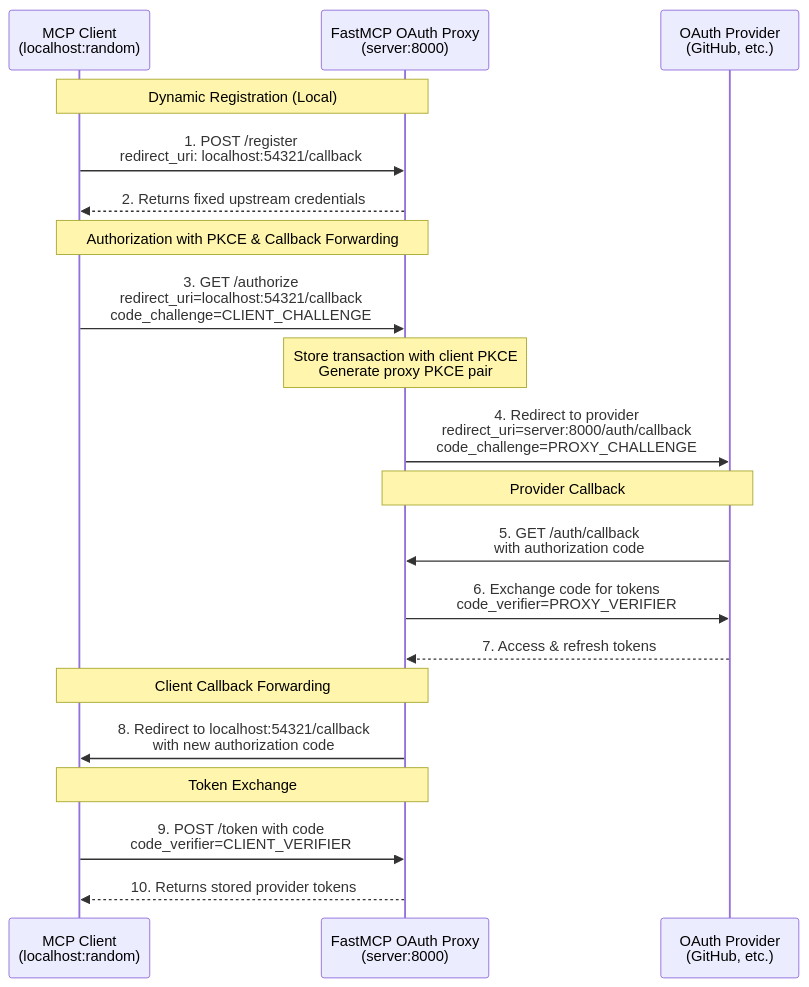
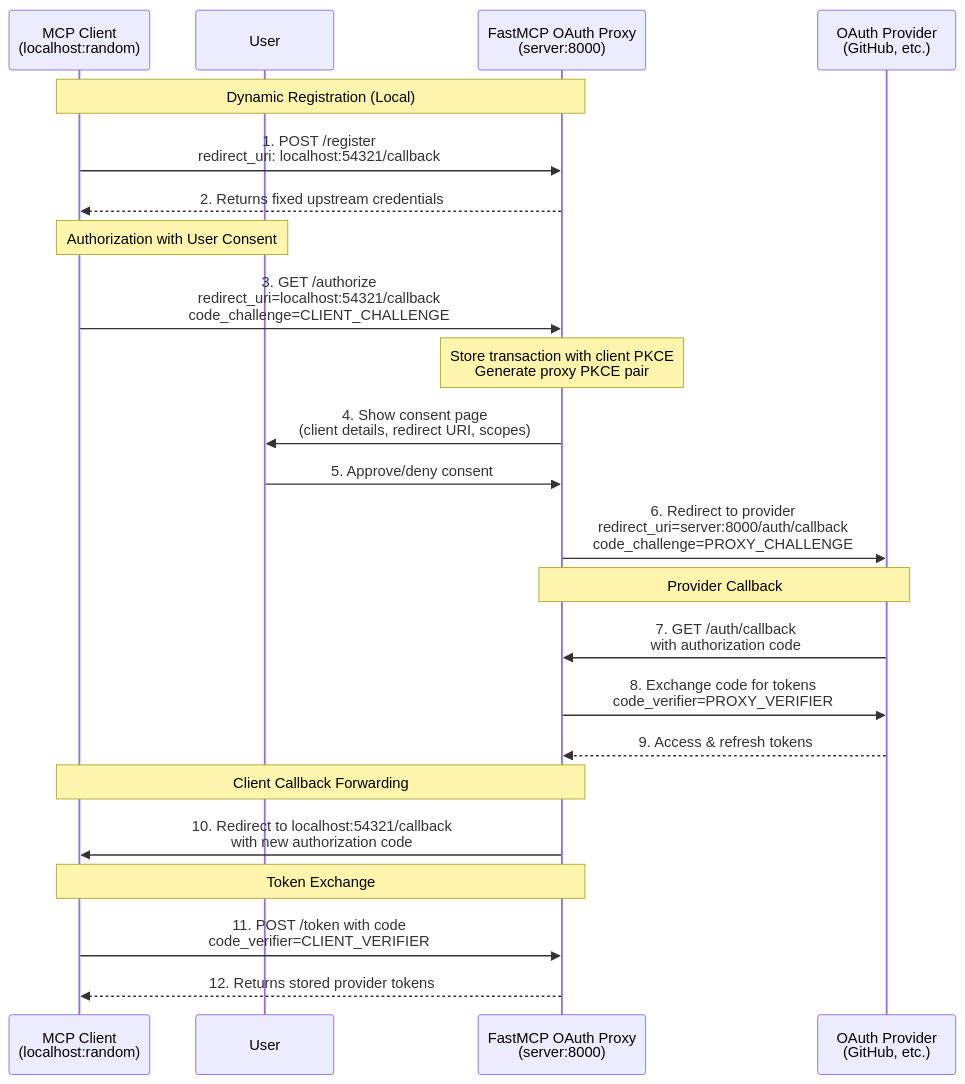
One commit to PrefectHQ/fastmcp changed the diagram in docs/servers/auth/oauth-proxy.mdx. Above: the diagram before and after it, drawn with Mermaid. The commit also changed other lines of this file and 8 other files, not shown here.

````diff
--- a/docs/servers/auth/oauth-proxy.mdx
+++ b/docs/servers/auth/oauth-proxy.mdx
@@ -278,27 +271,30 @@
 ```mermaid
 sequenceDiagram
     participant Client as MCP Client<br/>(localhost:random)
+    participant User as User
     participant Proxy as FastMCP OAuth Proxy<br/>(server:8000)
     participant Provider as OAuth Provider<br/>(GitHub, etc.)
 
     Note over Client, Proxy: Dynamic Registration (Local)
     Client->>Proxy: 1. POST /register<br/>redirect_uri: localhost:54321/callback
     Proxy-->>Client: 2. Returns fixed upstream credentials
 
-    Note over Client, Proxy: Authorization with PKCE & Callback Forwarding
+    Note over Client, User: Authorization with User Consent
     Client->>Proxy: 3. GET /authorize<br/>redirect_uri=localhost:54321/callback<br/>code_challenge=CLIENT_CHALLENGE
     Note over Proxy: Store transaction with client PKCE<br/>Generate proxy PKCE pair
-    Proxy->>Provider: 4. Redirect to provider<br/>redirect_uri=server:8000/auth/callback<br/>code_challenge=PROXY_CHALLENGE
+    Proxy->>User: 4. Show consent page<br/>(client details, redirect URI, scopes)
+    User->>Proxy: 5. Approve/deny consent
+    Proxy->>Provider: 6. Redirect to provider<br/>redirect_uri=server:8000/auth/callback<br/>code_challenge=PROXY_CHALLENGE
 
     Note over Provider, Proxy: Provider Callback
-    Provider->>Proxy: 5. GET /auth/callback<br/>with authorization code
-    Proxy->>Provider: 6. Exchange code for tokens<br/>code_verifier=PROXY_VERIFIER
-    Provider-->>Proxy: 7. Access & refresh tokens
+    Provider->>Proxy: 7. GET /auth/callback<br/>with authorization code
+    Proxy->>Provider: 8. Exchange code for tokens<br/>code_verifier=PROXY_VERIFIER
+    Provider-->>Proxy: 9. Access & refresh tokens
 
     Note over Proxy, Client: Client Callback Forwarding
-    Proxy->>Client: 8. Redirect to localhost:54321/callback<br/>with new authorization code
+    Proxy->>Client: 10. Redirect to localhost:54321/callback<br/>with new authorization code
 
     Note over Client, Proxy: Token Exchange
-    Client->>Proxy: 9. POST /token with code<br/>code_verifier=CLIENT_VERIFIER
-    Proxy-->>Client: 10. Returns stored provider tokens
+    Client->>Proxy: 11. POST /token with code<br/>code_verifier=CLIENT_VERIFIER
+    Proxy-->>Client: 12. Returns stored provider tokens
 ```
````
